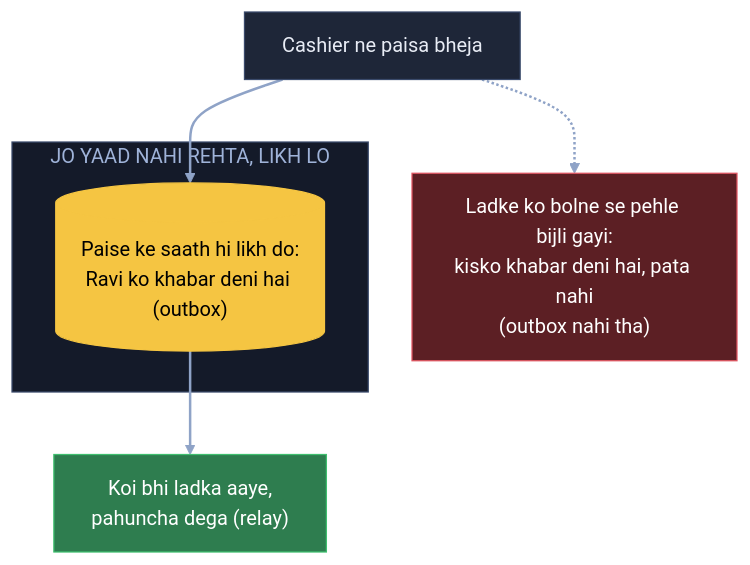
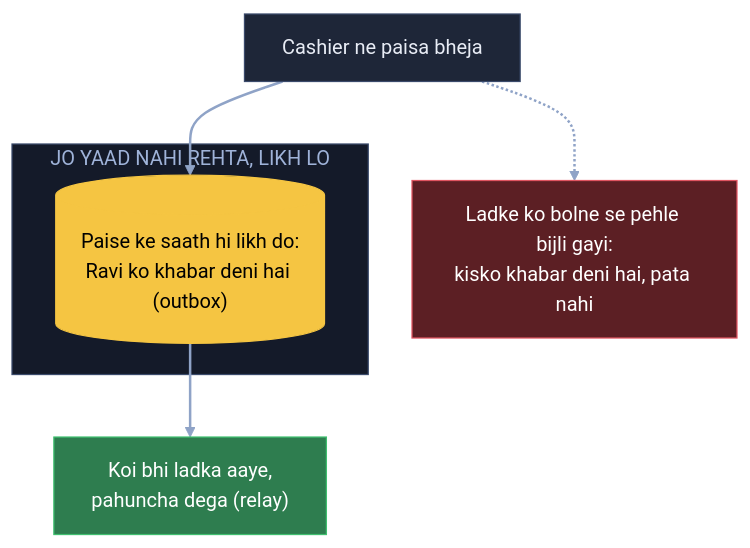
One commit to ArpanMaheshwari144/Prep changed the fifth of 22 diagrams in 04_HLD/SYSTEM_DESIGNS/13_banking_system/13_banking_system.md. Above: the diagram before and after it, drawn with Mermaid (base theme). The commit also changed other lines of this file and 20 other files, not shown here.

Commit message:
Diagram: sirf hand notes wale naam rahe (66 apne joda naam hataye); README 22-Nov tak update

````diff
--- a/04_HLD/SYSTEM_DESIGNS/13_banking_system/13_banking_system.md
+++ b/04_HLD/SYSTEM_DESIGNS/13_banking_system/13_banking_system.md
@@ -226,18 +226,18 @@
 ```mermaid
 flowchart TB
     C["Cashier ne paisa bheja"]:::card
-    X["Ladke ko bolne se pehle bijli gayi:<br/>kisko khabar deni hai, pata nahi<br/>(outbox nahi tha)"]:::bad
+    X["Ladke ko bolne se pehle bijli gayi:<br/>kisko khabar deni hai, pata nahi"]:::bad
     subgraph LK["JO YAAD NAHI REHTA, LIKH LO"]
         O[("Paise ke saath hi likh do:<br/>Ravi ko khabar deni hai (outbox)")]:::pill
     end
     L["Koi bhi ladka aaye,<br/>pahuncha dega (relay)"]:::good
     C --> O
     C -.-> X
     O --> L
     linkStyle default stroke:#8fa3c7,stroke-width:2px
     classDef card fill:#1e2638,stroke:#3a4a6b,color:#e8ecf5
     classDef pill fill:#f5c542,stroke:#f5c542,color:#000
     classDef good fill:#2e7d4f,stroke:#3fbf6f,color:#fff
     classDef bad fill:#5c1f24,stroke:#e05561,color:#fff
     style LK fill:#141a29,stroke:#3a4a6b,color:#9fb3d9
 ```
````
